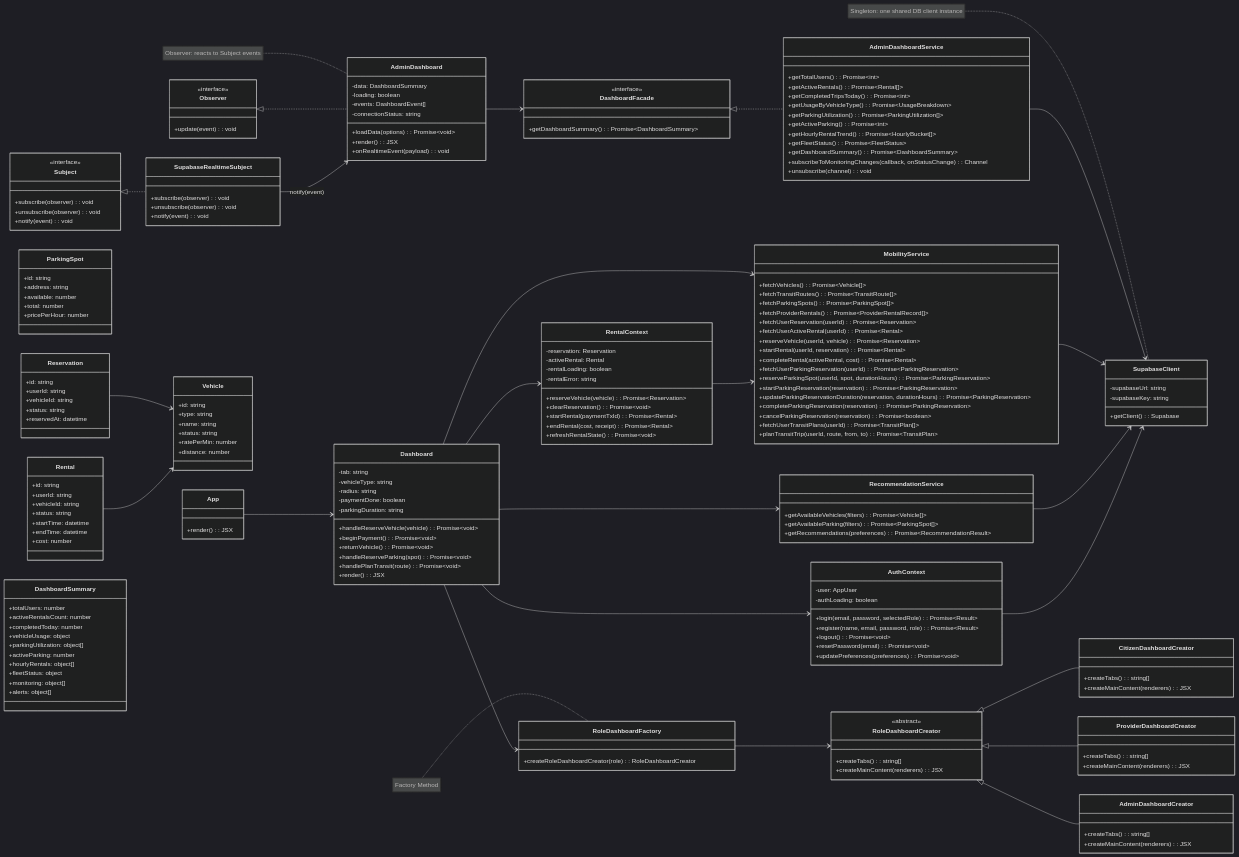
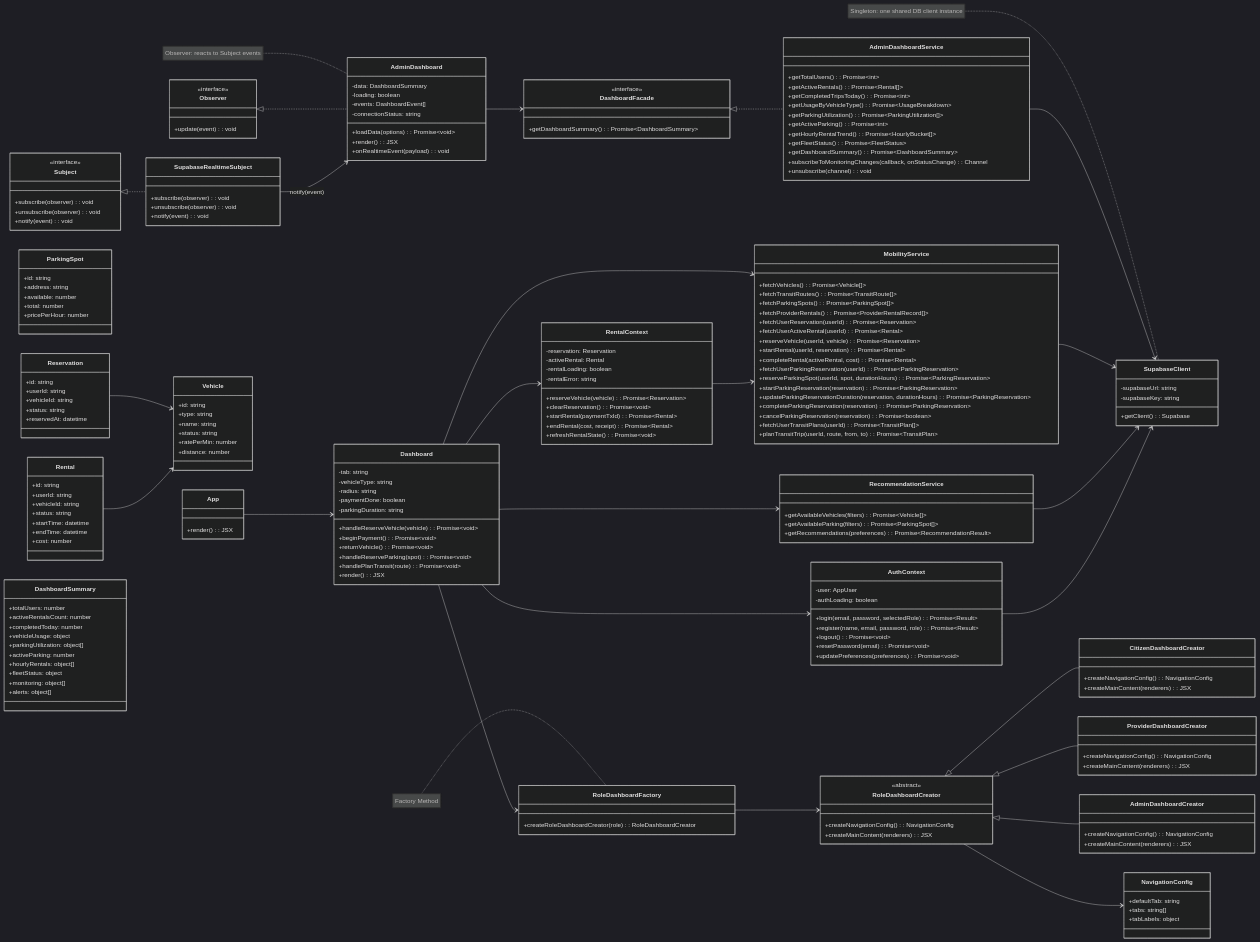
Before and after one commit to Kevin7582/Soen343-Project: the third of 7 diagrams in docs/diagrams/README.md, drawn with Mermaid (dark theme). The commit also changed other lines of this file and 5 other files, not shown here.

Commit message:
refactor: update RoleDashboardCreator classes to use createNavigationConfig method and introduce NavigationConfig class for improved tab management

```diff
--- a/docs/diagrams/README.md
+++ b/docs/diagrams/README.md
@@ -512,22 +512,22 @@
 
 class RoleDashboardCreator {
   <<abstract>>
-  +createTabs(): string[]
+  +createNavigationConfig(): NavigationConfig
   +createMainContent(renderers): JSX
 }
 
 class CitizenDashboardCreator {
-  +createTabs(): string[]
+  +createNavigationConfig(): NavigationConfig
   +createMainContent(renderers): JSX
 }
 
 class ProviderDashboardCreator {
-  +createTabs(): string[]
+  +createNavigationConfig(): NavigationConfig
   +createMainContent(renderers): JSX
 }
 
 class AdminDashboardCreator {
-  +createTabs(): string[]
+  +createNavigationConfig(): NavigationConfig
   +createMainContent(renderers): JSX
 }
 
@@ -535,6 +535,12 @@
   +createRoleDashboardCreator(role): RoleDashboardCreator
 }
 note for RoleDashboardFactory "Factory Method"
+
+class NavigationConfig {
+  +defaultTab: string
+  +tabs: string[]
+  +tabLabels: object
+}
 
 class Vehicle {
   +id: string
@@ -594,6 +600,7 @@
 RoleDashboardCreator <|-- CitizenDashboardCreator
 RoleDashboardCreator <|-- ProviderDashboardCreator
 RoleDashboardCreator <|-- AdminDashboardCreator
+RoleDashboardCreator --> NavigationConfig
 
 AdminDashboard --> DashboardFacade
 DashboardFacade <|.. AdminDashboardService
```
